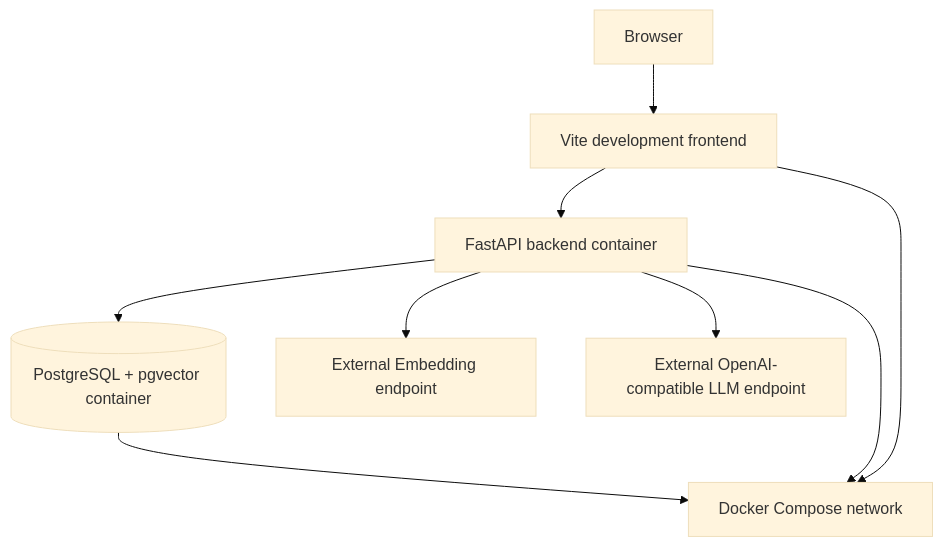
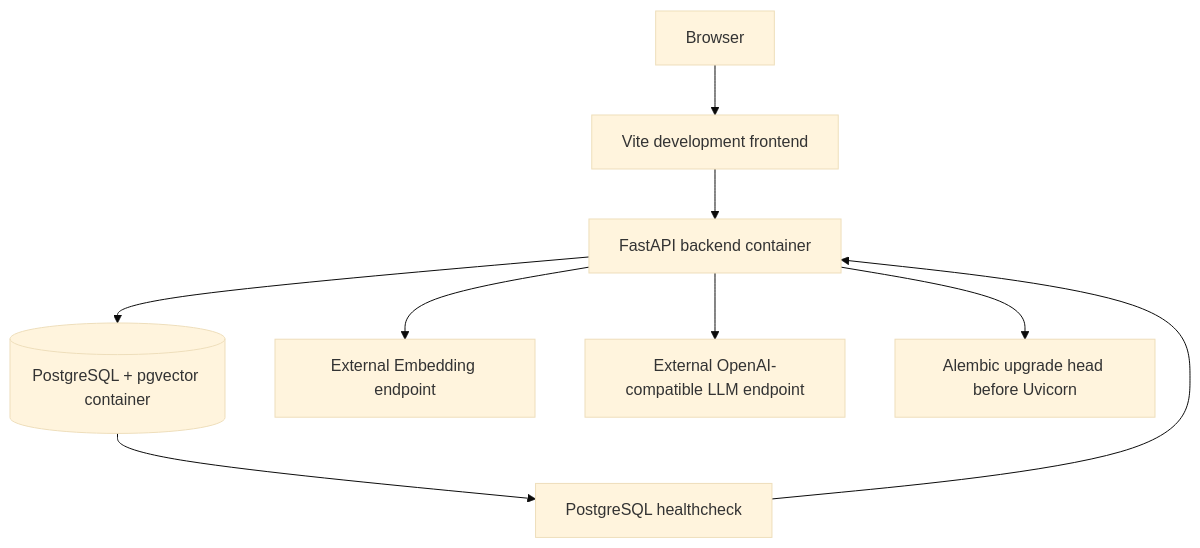
The fifth of 5 diagrams in docs/architecture.md (Dio23366/delivery-copilot), drawn with Mermaid (base theme) before and after one commit. The commit also changed other lines of this file and 6 other files, not shown here.

````diff
--- a/docs/architecture.md
+++ b/docs/architecture.md
@@ -283,11 +398,11 @@
 ```mermaid
 flowchart TD
   B[Browser] --> F[Vite development frontend]
   F --> A[FastAPI backend container]
   A --> P[(PostgreSQL + pgvector container)]
   A --> E[External Embedding endpoint]
   A --> L[External OpenAI-compatible LLM endpoint]
-  A --> C[Docker Compose network]
-  F --> C
-  P --> C
+  P --> H[PostgreSQL healthcheck]
+  H --> A
+  A --> M[Alembic upgrade head before Uvicorn]
 ```
````
